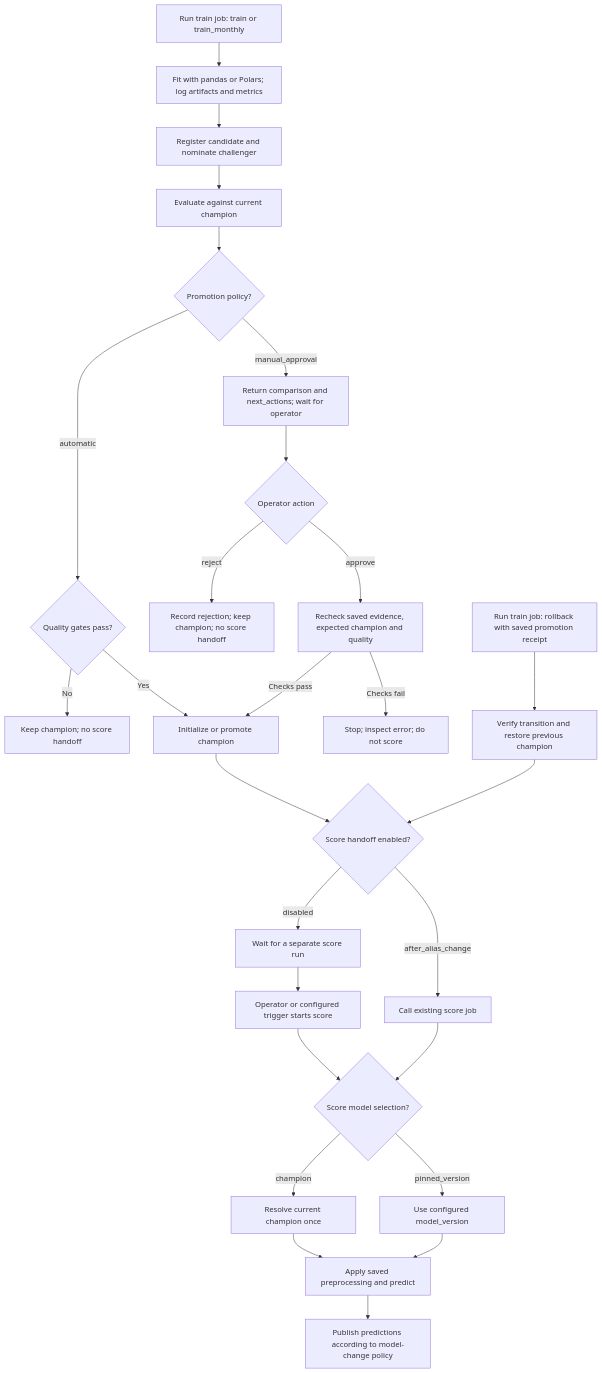
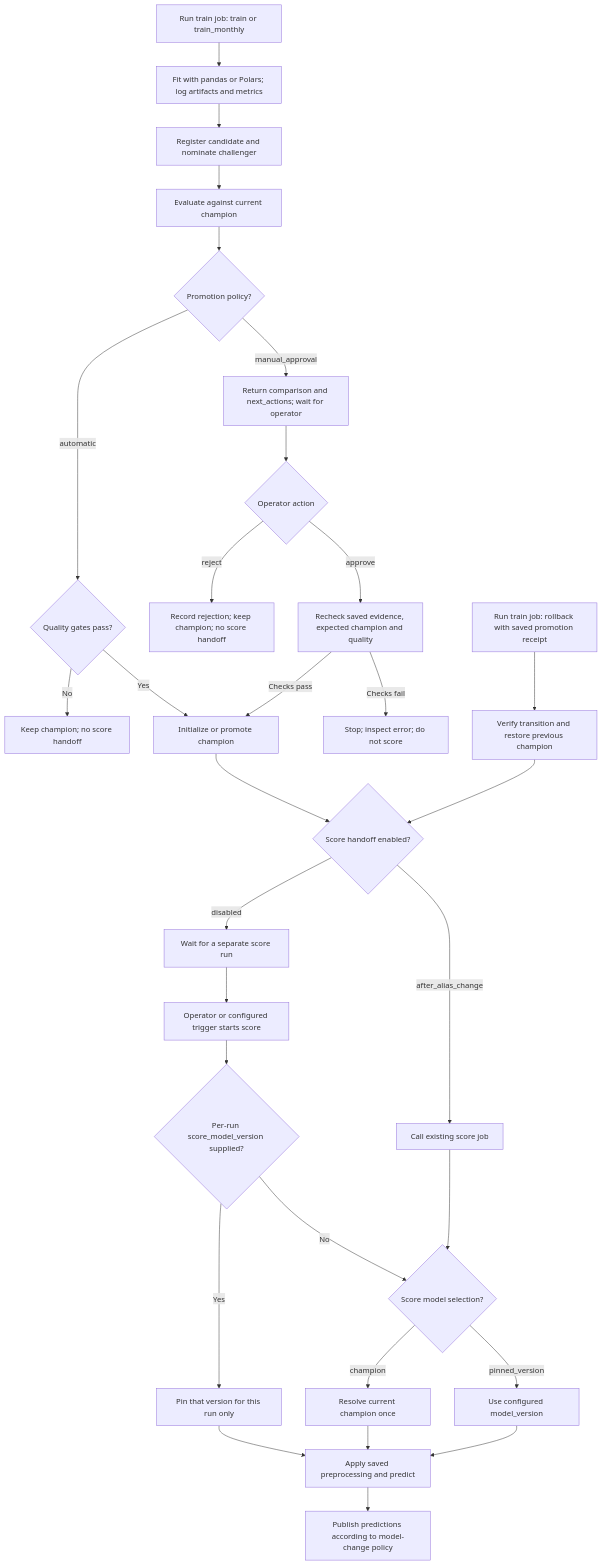
Before and after one commit to flyingriverhorse/Skyulf: the first of 2 diagrams in docs/user_guide/databricks_bundle_walkthrough.md, drawn with Mermaid. The commit also changed other lines of this file and 21 other files, not shown here.

Commit message:
feat: validate bundle configuration and support per-run scoring versions

````diff
--- a/docs/user_guide/databricks_bundle_walkthrough.md
+++ b/docs/user_guide/databricks_bundle_walkthrough.md
@@ -42,29 +60,32 @@
 ```mermaid
 flowchart TD
     A["Run train job: train or train_monthly"] --> B["Fit with pandas or Polars; log artifacts and metrics"]
     B --> C["Register candidate and nominate challenger"]
     C --> D["Evaluate against current champion"]
     D --> E{"Promotion policy?"}
     E -->|"automatic"| F{"Quality gates pass?"}
     F -->|"No"| G["Keep champion; no score handoff"]
     F -->|"Yes"| H["Initialize or promote champion"]
     E -->|"manual_approval"| I["Return comparison and next_actions; wait for operator"]
     I --> J{"Operator action"}
     J -->|"reject"| K["Record rejection; keep champion; no score handoff"]
     J -->|"approve"| L["Recheck saved evidence, expected champion and quality"]
     L -->|"Checks pass"| H
     L -->|"Checks fail"| M["Stop; inspect error; do not score"]
     R["Run train job: rollback with saved promotion receipt"] --> S["Verify transition and restore previous champion"]
     S --> T{"Score handoff enabled?"}
     H --> T
     T -->|"disabled"| U["Wait for a separate score run"]
     T -->|"after_alias_change"| V["Call existing score job"]
     U --> W["Operator or configured trigger starts score"]
-    W --> X{"Score model selection?"}
+    W --> O{"Per-run score_model_version supplied?"}
+    O -->|"Yes"| OV["Pin that version for this run only"]
+    O -->|"No"| X{"Score model selection?"}
     V --> X
     X -->|"champion"| Y["Resolve current champion once"]
     X -->|"pinned_version"| Z["Use configured model_version"]
     Y --> P["Apply saved preprocessing and predict"]
     Z --> P
+    OV --> P
     P --> Q["Publish predictions according to model-change policy"]
 ```
````
